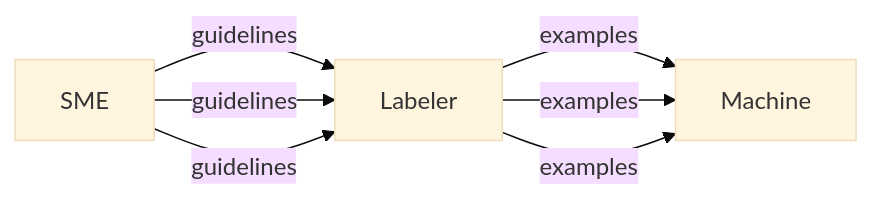
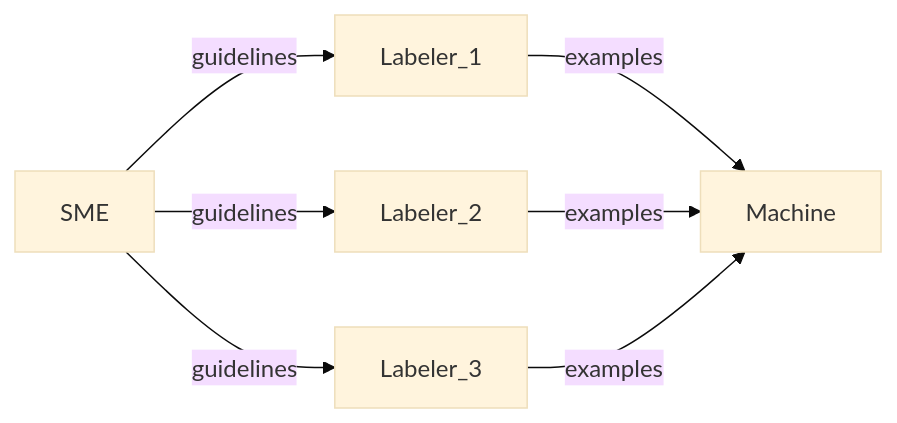
Before and after one commit to borisdev/research: the second of 2 diagrams in tune_foundational_models/README.md, drawn with Mermaid (base theme).

Commit message:
fine tune diagram

````diff
--- a/tune_foundational_models/README.md
+++ b/tune_foundational_models/README.md
@@ -36,9 +36,9 @@
 ```mermaid
 flowchart LR
-    SME-- guidelines -->Labeler
-    SME-- guidelines -->Labeler
-    SME-- guidelines -->Labeler
-    Labeler-- examples -->Machine
-    Labeler-- examples -->Machine
-    Labeler-- examples -->Machine
+    SME-- guidelines -->Labeler_1
+    SME-- guidelines -->Labeler_2
+    SME-- guidelines -->Labeler_3
+    Labeler_1-- examples -->Machine
+    Labeler_2-- examples -->Machine
+    Labeler_3-- examples -->Machine
 ```
````
